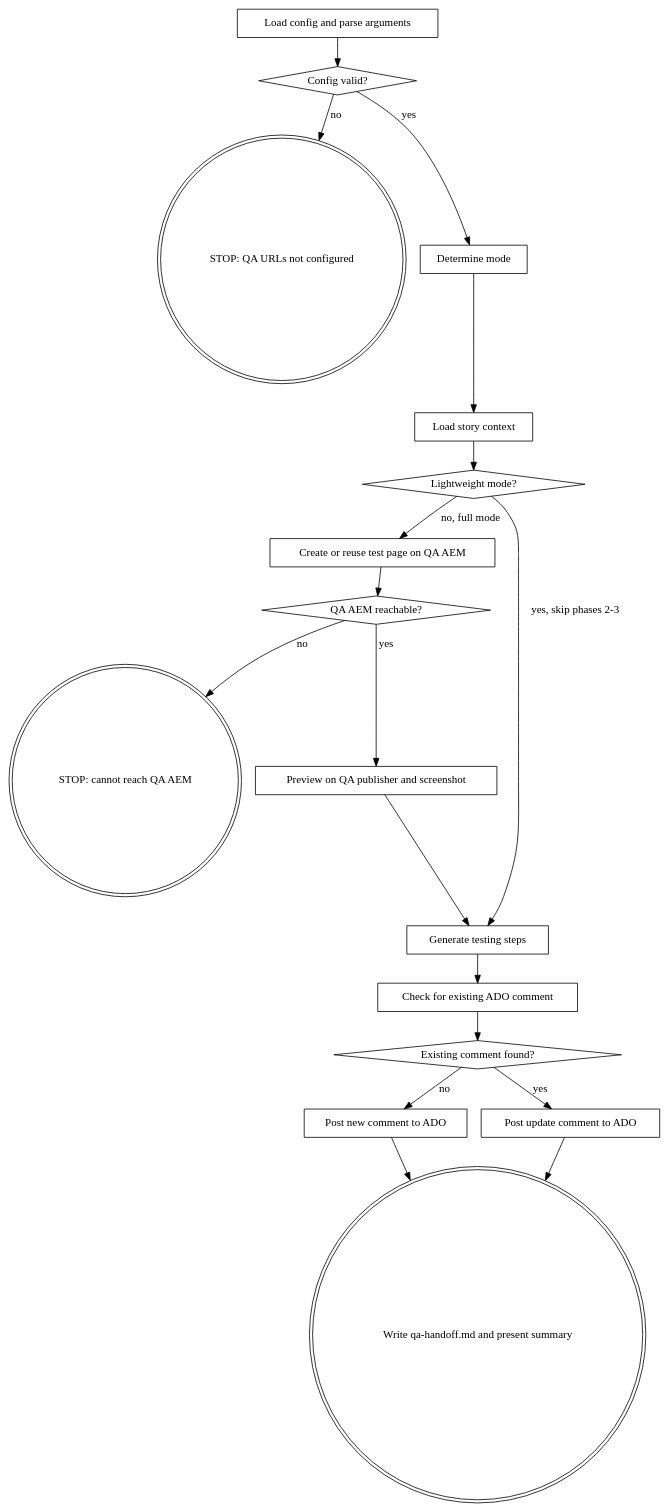
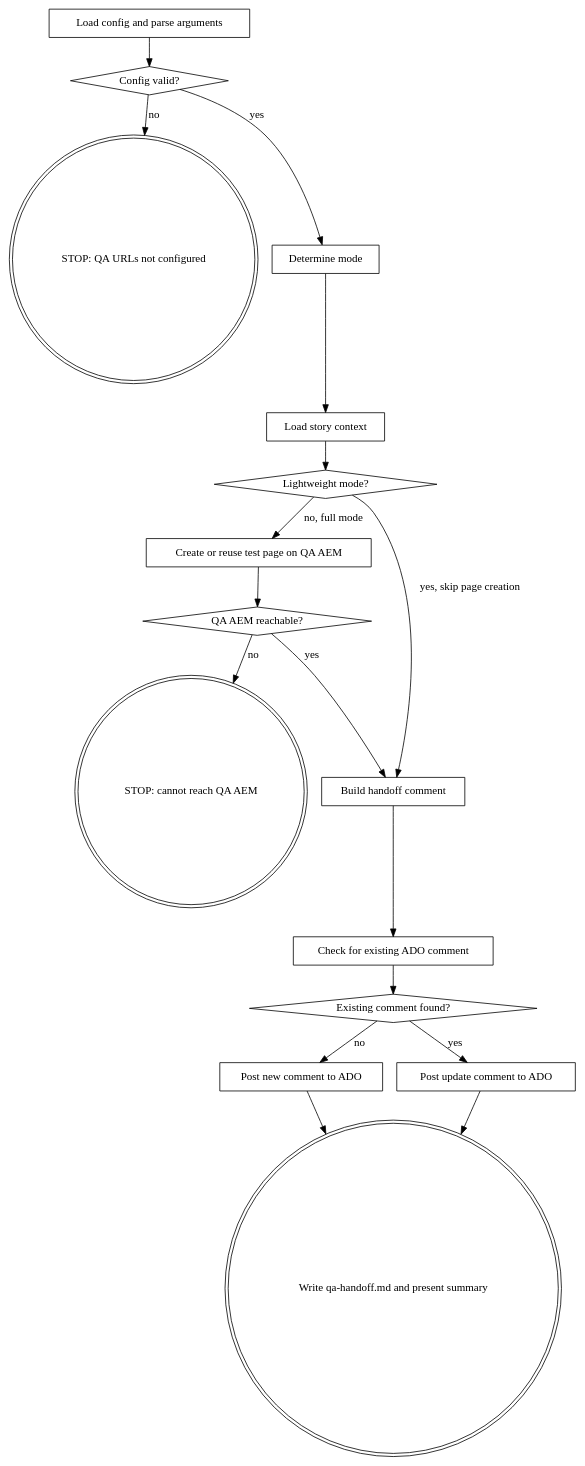
One commit to marcode04/dx-aem-flow changed the diagram in plugins/dx-aem/skills/aem-qa-handoff/SKILL.md. Above: the diagram before and after it, drawn with Graphviz. The commit also changed other lines of this file and 6 other files, not shown here.

````diff
--- a/plugins/dx-aem/skills/aem-qa-handoff/SKILL.md
+++ b/plugins/dx-aem/skills/aem-qa-handoff/SKILL.md
@@ -31,38 +32,36 @@
 ```dot
 digraph aem_qa_handoff {
     "Load config and parse arguments" [shape=box];
     "Config valid?" [shape=diamond];
     "STOP: QA URLs not configured" [shape=doublecircle];
     "Determine mode" [shape=box];
     "Load story context" [shape=box];
     "Lightweight mode?" [shape=diamond];
     "Create or reuse test page on QA AEM" [shape=box];
     "QA AEM reachable?" [shape=diamond];
     "STOP: cannot reach QA AEM" [shape=doublecircle];
-    "Preview on QA publisher and screenshot" [shape=box];
-    "Generate testing steps" [shape=box];
+    "Build handoff comment" [shape=box];
     "Check for existing ADO comment" [shape=box];
     "Existing comment found?" [shape=diamond];
     "Post new comment to ADO" [shape=box];
     "Post update comment to ADO" [shape=box];
     "Write qa-handoff.md and present summary" [shape=doublecircle];
 
     "Load config and parse arguments" -> "Config valid?";
     "Config valid?" -> "STOP: QA URLs not configured" [label="no"];
     "Config valid?" -> "Determine mode" [label="yes"];
     "Determine mode" -> "Load story context";
     "Load story context" -> "Lightweight mode?";
-    "Lightweight mode?" -> "Generate testing steps" [label="yes, skip phases 2-3"];
+    "Lightweight mode?" -> "Build handoff comment" [label="yes, skip page creation"];
     "Lightweight mode?" -> "Create or reuse test page on QA AEM" [label="no, full mode"];
     "Create or reuse test page on QA AEM" -> "QA AEM reachable?";
     "QA AEM reachable?" -> "STOP: cannot reach QA AEM" [label="no"];
-    "QA AEM reachable?" -> "Preview on QA publisher and screenshot" [label="yes"];
-    "Preview on QA publisher and screenshot" -> "Generate testing steps";
-    "Generate testing steps" -> "Check for existing ADO comment";
+    "QA AEM reachable?" -> "Build handoff comment" [label="yes"];
+    "Build handoff comment" -> "Check for existing ADO comment";
     "Check for existing ADO comment" -> "Existing comment found?";
     "Existing comment found?" -> "Post update comment to ADO" [label="yes"];
     "Existing comment found?" -> "Post new comment to ADO" [label="no"];
     "Post new comment to ADO" -> "Write qa-handoff.md and present summary";
     "Post update comment to ADO" -> "Write qa-handoff.md and present summary";
 }
 ```
````
